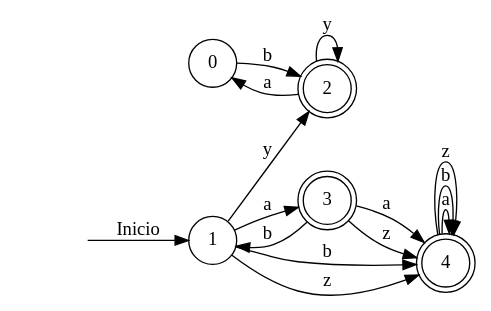
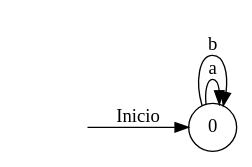
The diagram in GraficaAFDMinSubconjuntos.dot (diegojacobs/Compilador), drawn with Graphviz before and after one commit. The commit also changed 26 other files, not shown here.

```diff
--- a/GraficaAFDMinSubconjuntos.dot
+++ b/GraficaAFDMinSubconjuntos.dot
@@ -1,30 +1,12 @@
 digraph GraficaAFDMinSubconjuntos {
 rankdir=LR;
-0 [ shape="circle"]
 {
 node [style = invisible]
 INI
 }
-INI -> 1[label="Inicio"]
+INI -> 0[label="Inicio"]
 
-1 [ shape="circle"]
-2 [ shape="doublecircle"]
-2[fillcolor="#1D22E8"];
-3 [ shape="doublecircle"]
-3[fillcolor="#1D22E8"];
-4 [ shape="doublecircle"]
-4[fillcolor="#1D22E8"];
-0->2[label="b"]
-1->3[label="a"]
-1->4[label="b"]
-1->4[label="z"]
-1->2[label="y"]
-2->0[label="a"]
-2->2[label="y"]
-3->4[label="a"]
-3->1[label="b"]
-3->4[label="z"]
-4->4[label="a"]
-4->4[label="b"]
-4->4[label="z"]
+0 [ shape="circle"]
+0->0[label="a"]
+0->0[label="b"]
 }
```
